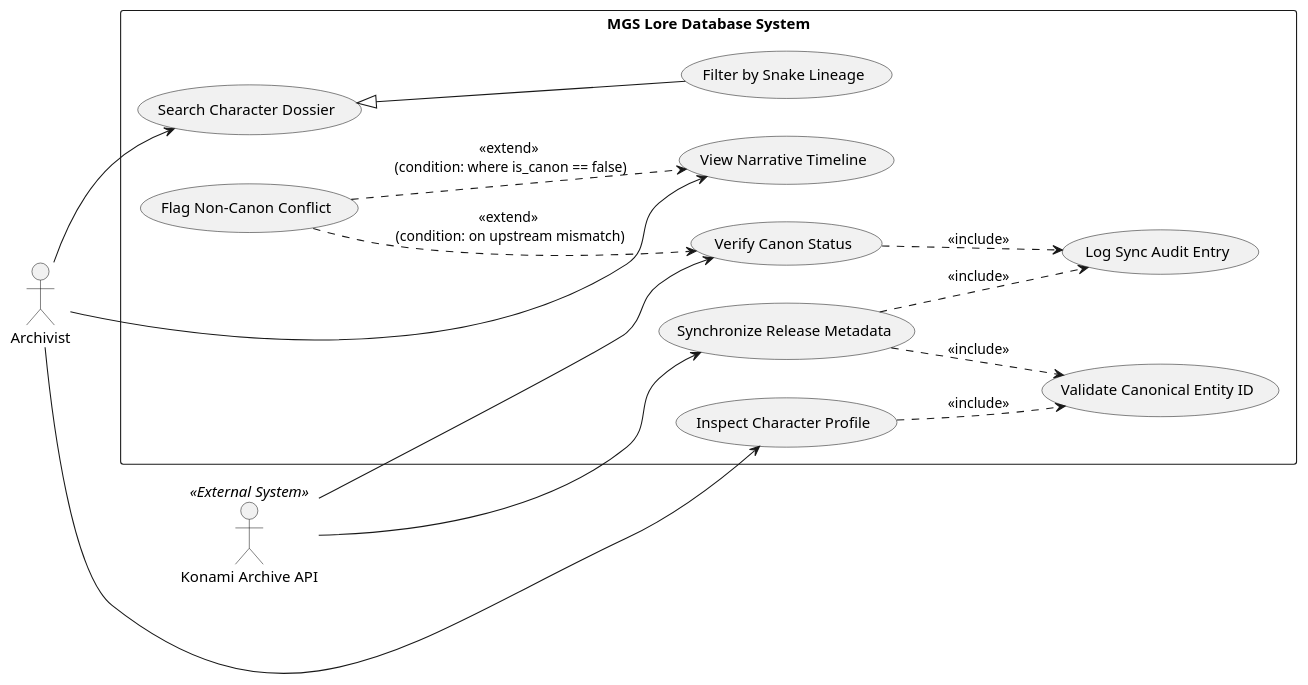
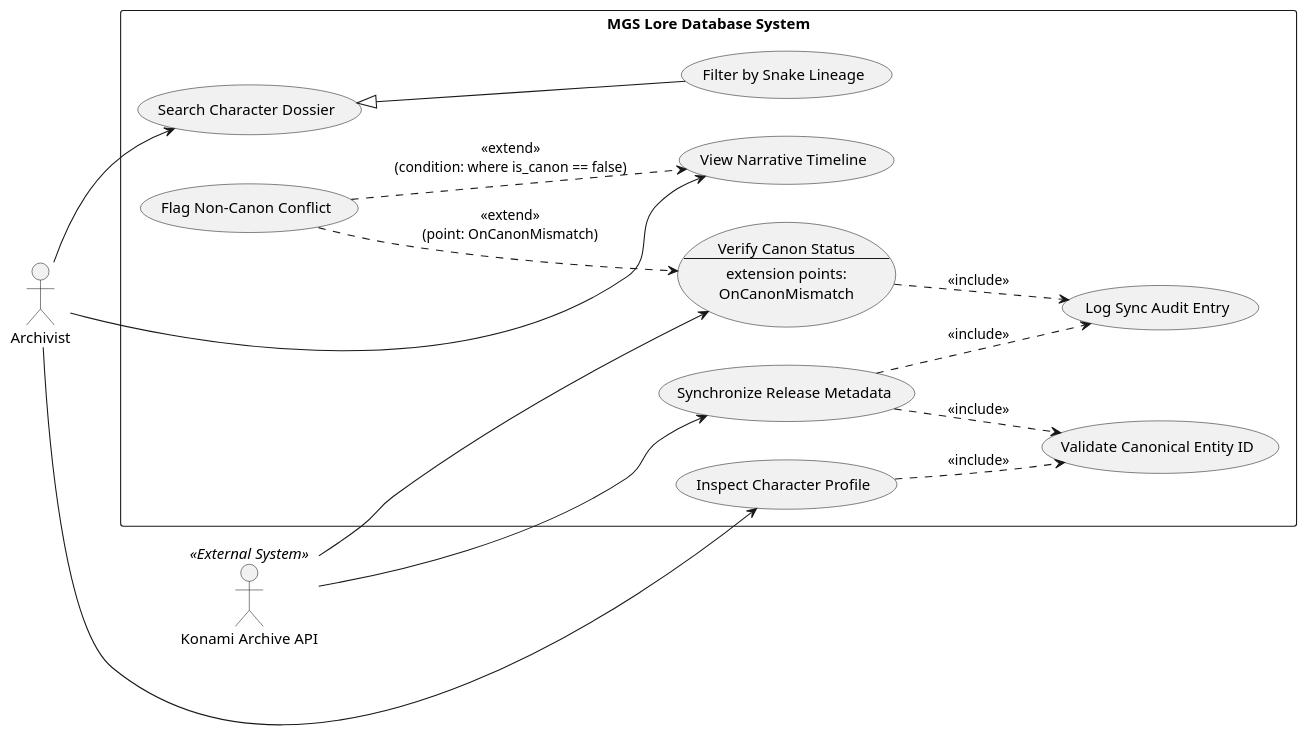
Before and after one commit to D1rtyJesus/OP2: the diagram in lab2/use.md, drawn with PlantUML. The commit also changed other lines of this file, not shown here.

Commit message:
updated all (fixes)

````diff
--- a/lab2/use.md
+++ b/lab2/use.md
@@ -3,50 +3,54 @@
 ```plantuml
 @startuml
 left to right direction
 skinparam packageStyle rectangle
 
 actor "Archivist" as User
 actor "Konami Archive API" as API <<External System>>
 
 rectangle "MGS Lore Database System" {
   ' Базові прецеденти
   usecase "Search Character Dossier" as UC_Search
   usecase "Filter by Snake Lineage" as UC_FilterSnake
   usecase "View Narrative Timeline" as UC_Timeline
   usecase "Inspect Character Profile" as UC_Inspect
   
-  ' Прецеденти синхронізації
+  ' Прецеденти синхронізації та валідації
   usecase "Synchronize Release Metadata" as UC_SyncMeta
-  usecase "Verify Canon Status" as UC_VerifyCanon
   
-  ' Допоміжні / розширені прецеденти
+  usecase UC_VerifyCanon as "Verify Canon Status
+--
+extension points:
+OnCanonMismatch"
+
+  ' Допоміжні прецеденти та розширення
   usecase "Validate Canonical Entity ID" as UC_ValidateID
   usecase "Flag Non-Canon Conflict" as UC_FlagConflict
   usecase "Log Sync Audit Entry" as UC_LogAudit
 }
 
 ' Generalization (Узагальнення)
 UC_FilterSnake -up-|> UC_Search
 
-' Взаємодія користувача
+' Асоціації: Archivist
 User --> UC_Search
 User --> UC_Timeline
 User --> UC_Inspect
 
-' Взаємодія зовнішнього API
+' Асоціації: Konami Archive API
 API --> UC_SyncMeta
 API --> UC_VerifyCanon
 
 ' Зв'язки <<include>>
 UC_Inspect ..> UC_ValidateID : <<include>>
 UC_SyncMeta ..> UC_ValidateID : <<include>>
 UC_SyncMeta ..> UC_LogAudit : <<include>>
 UC_VerifyCanon ..> UC_LogAudit : <<include>>
 
-' Зв'язки <<extend>>
-UC_FlagConflict ..> UC_Timeline : <<extend>> \n(condition: where is_canon == false)
-UC_FlagConflict ..> UC_VerifyCanon : <<extend>> \n(condition: on upstream mismatch)
+' Зв'язки <<extend>> із точками розширення та умовами
+UC_FlagConflict ..> UC_VerifyCanon : <<extend>>\n(point: OnCanonMismatch)
+UC_FlagConflict ..> UC_Timeline : <<extend>>\n(condition: where is_canon == false)
 
 @enduml
 
 ```
````
